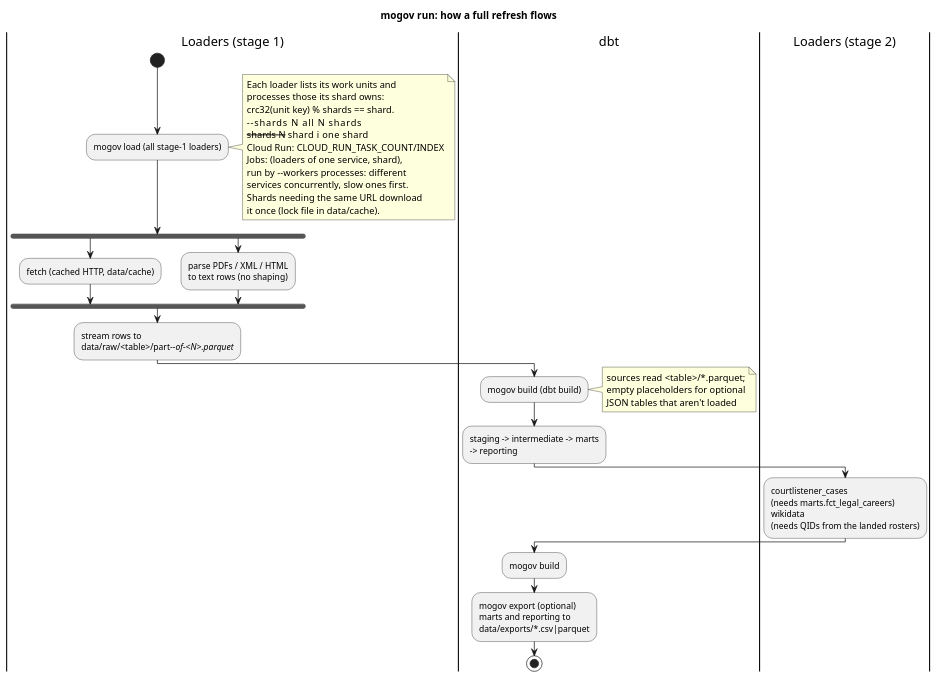
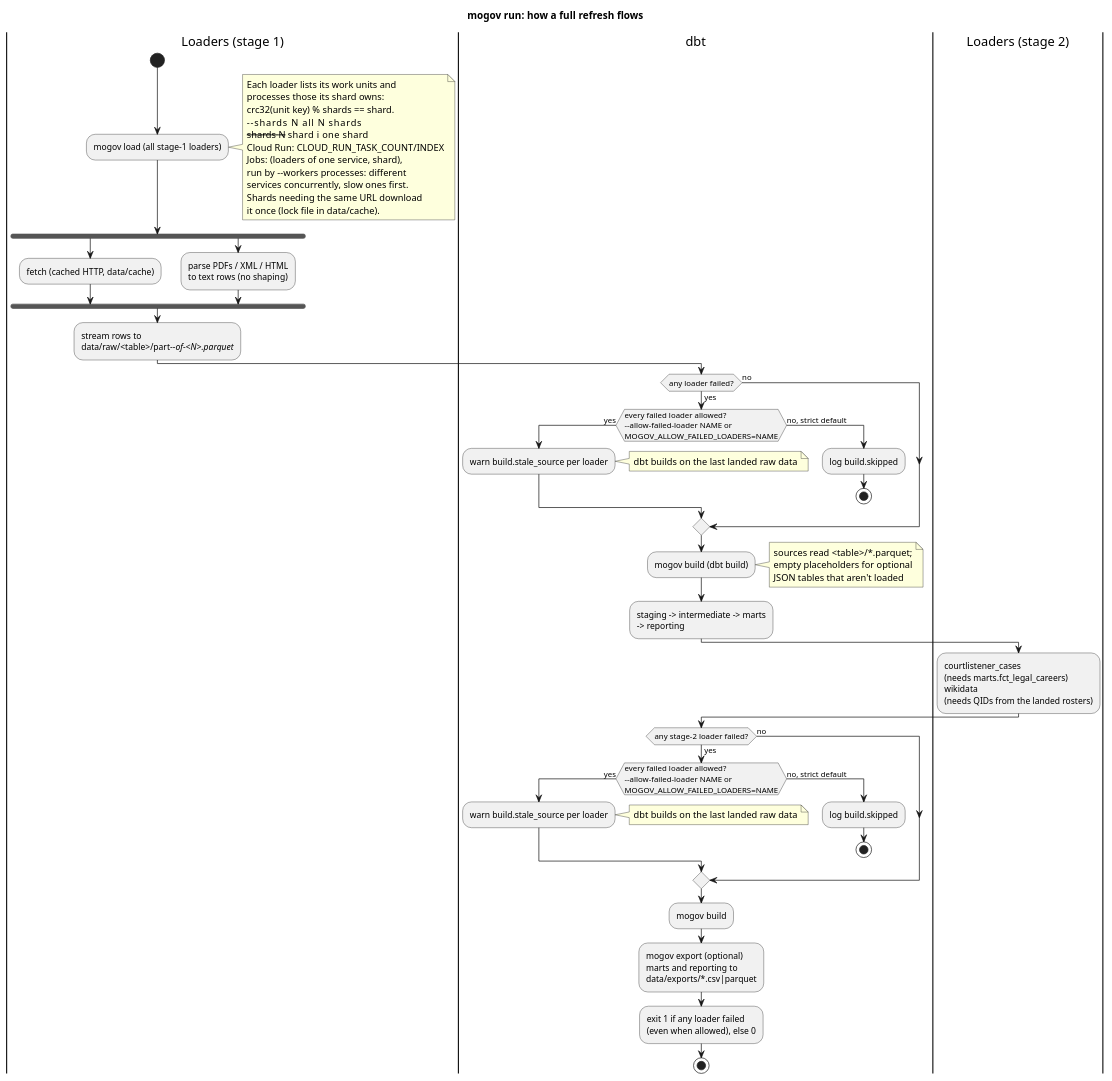
The diagram in docs/diagrams/pipeline.puml (akettmann/missouri_gov_feed), drawn with PlantUML before and after one commit. The commit also changed 3 other files, not shown here.

First line of the commit message:
Follow-ups for the mogov run failed-loader gate (#191)

```diff
--- a/docs/diagrams/pipeline.puml
+++ b/docs/diagrams/pipeline.puml
@@ -1,51 +1,77 @@
 @startuml pipeline
 title mogov run: how a full refresh flows
 
 |Loaders (stage 1)|
 start
 :mogov load (all stage-1 loaders);
 note right
   Each loader lists its work units and
   processes those its shard owns:
   crc32(unit key) % shards == shard.
   --shards N        all N shards
   --shards N --shard i   one shard
   Cloud Run: CLOUD_RUN_TASK_COUNT/INDEX
   Jobs: (loaders of one service, shard),
   run by --workers processes: different
   services concurrently, slow ones first.
   Shards needing the same URL download
   it once (lock file in data/cache).
 end note
 fork
   :fetch (cached HTTP, data/cache);
 fork again
   :parse PDFs / XML / HTML
   to text rows (no shaping);
 end fork
 :stream rows to
 data/raw/<table>/part-<i>-of-<N>.parquet;
 
 |dbt|
+if (any loader failed?) then (yes)
+  if (every failed loader allowed?
+--allow-failed-loader NAME or
+MOGOV_ALLOW_FAILED_LOADERS=NAME) then (yes)
+    :warn build.stale_source per loader;
+    note right: dbt builds on the last landed raw data
+  else (no, strict default)
+    :log build.skipped;
+    stop
+  endif
+else (no)
+endif
 :mogov build (dbt build);
 note right
   sources read <table>/*.parquet;
   empty placeholders for optional
   JSON tables that aren't loaded
 end note
 :staging -> intermediate -> marts
 -> reporting;
 
 |Loaders (stage 2)|
 :courtlistener_cases
 (needs marts.fct_legal_careers)
 wikidata
 (needs QIDs from the landed rosters);
 
 |dbt|
+if (any stage-2 loader failed?) then (yes)
+  if (every failed loader allowed?
+--allow-failed-loader NAME or
+MOGOV_ALLOW_FAILED_LOADERS=NAME) then (yes)
+    :warn build.stale_source per loader;
+    note right: dbt builds on the last landed raw data
+  else (no, strict default)
+    :log build.skipped;
+    stop
+  endif
+else (no)
+endif
 :mogov build;
 :mogov export (optional)
 marts and reporting to
 data/exports/*.csv|parquet;
+:exit 1 if any loader failed
+(even when allowed), else 0;
 stop
 @enduml
```
